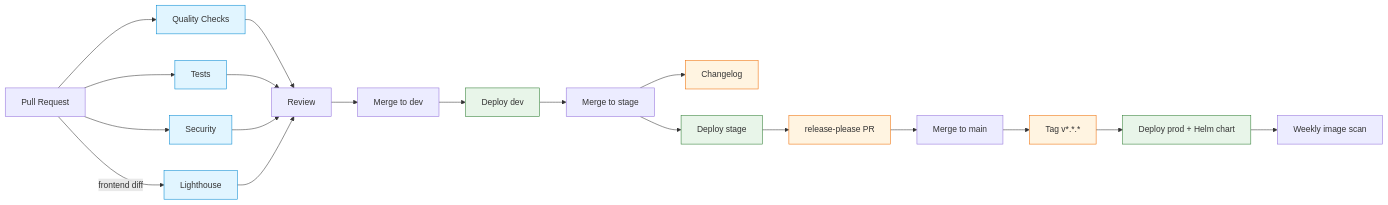
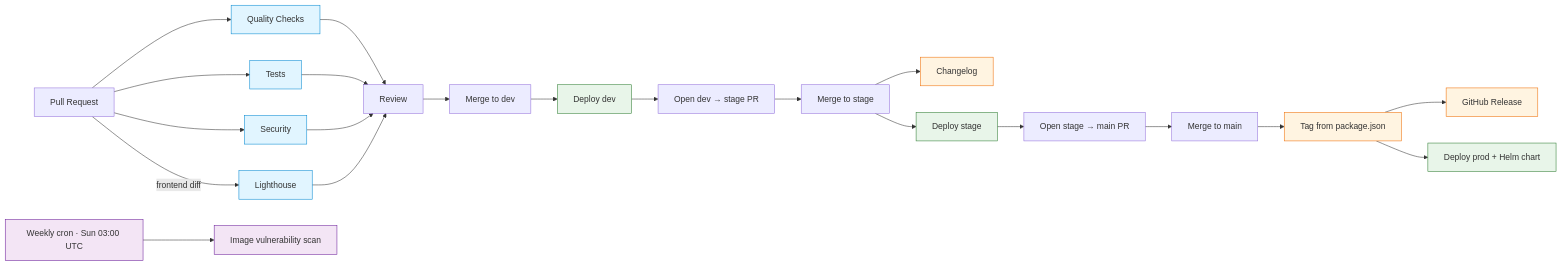
Before and after one commit to EPFL-ENAC/co2-calculator: the diagram in docs/src/architecture/cicd-workflows.md, drawn with Mermaid. The commit also changed other lines of this file, not shown here.

````diff
--- a/docs/src/architecture/cicd-workflows.md
+++ b/docs/src/architecture/cicd-workflows.md
@@ -22,28 +22,33 @@
 ```mermaid
 flowchart LR
     PR[Pull Request] --> Q[Quality Checks]
     PR --> T[Tests]
     PR --> S[Security]
     PR -->|frontend diff| L[Lighthouse]
     Q --> R[Review]
     T --> R
     S --> R
     L --> R
     R --> Mdev[Merge to dev]
     Mdev --> Ddev[Deploy dev]
-    Ddev --> Mstage[Merge to stage]
+    Ddev --> PRstage[Open dev → stage PR]
+    PRstage --> Mstage[Merge to stage]
     Mstage --> CL[Changelog]
     Mstage --> Dstage[Deploy stage]
-    Dstage --> RP[release-please PR]
-    RP --> Mmain[Merge to main]
-    Mmain --> Tag[Tag v*.*.*]
+    Dstage --> PRmain[Open stage → main PR]
+    PRmain --> Mmain[Merge to main]
+    Mmain --> Tag[Tag from package.json]
+    Tag --> Release[GitHub Release]
     Tag --> Dprod[Deploy prod + Helm chart]
-    Dprod --> Scan[Weekly image scan]
+
+    Cron[Weekly cron · Sun 03:00 UTC] --> Scan[Image vulnerability scan]
 
     classDef ci fill:#e1f5ff,stroke:#0288d1
     classDef deploy fill:#e8f5e9,stroke:#2e7d32
     classDef release fill:#fff4e1,stroke:#ef6c00
+    classDef cron fill:#f3e5f5,stroke:#6a1b9a
     class Q,T,S,L ci
     class Ddev,Dstage,Dprod deploy
-    class CL,RP,Tag release
+    class CL,Tag,Release release
+    class Cron,Scan cron
 ```
````
